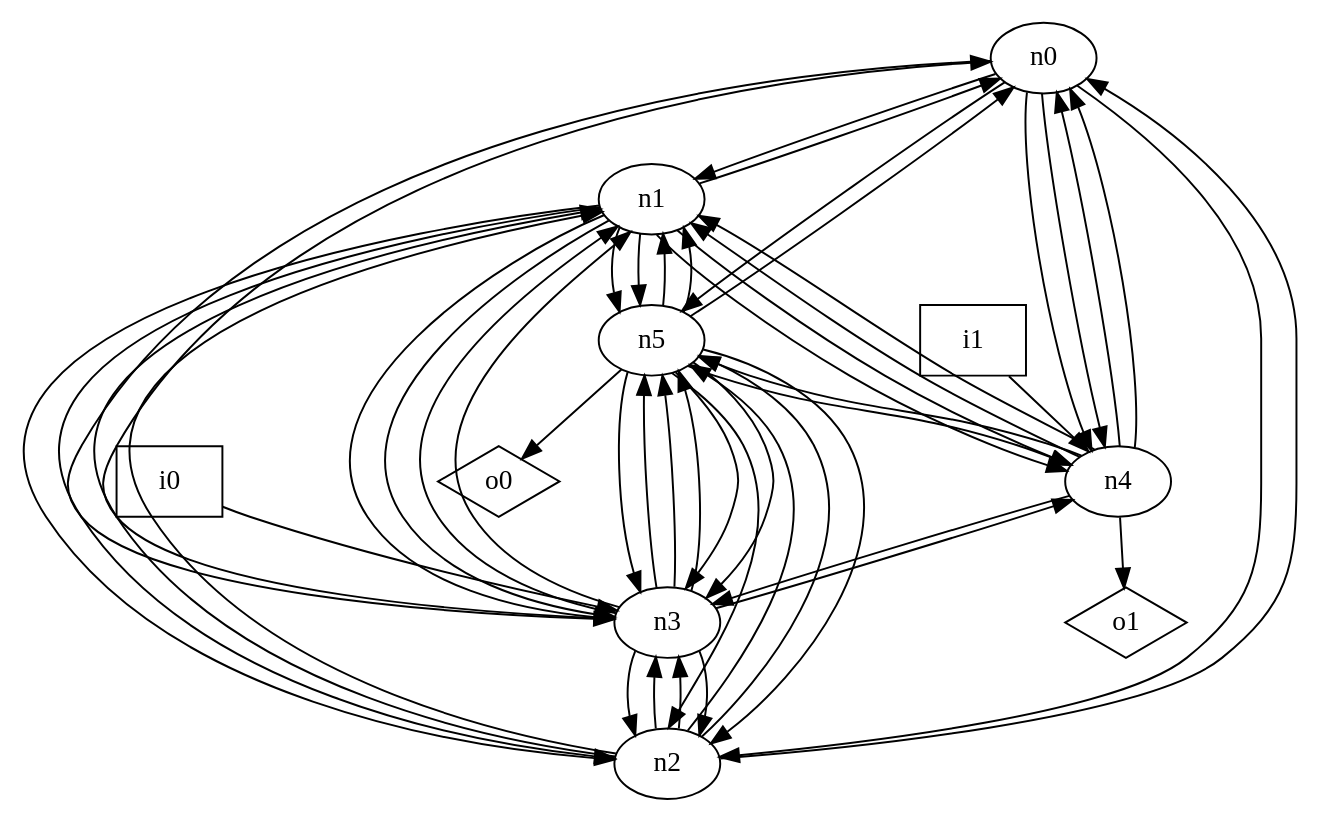
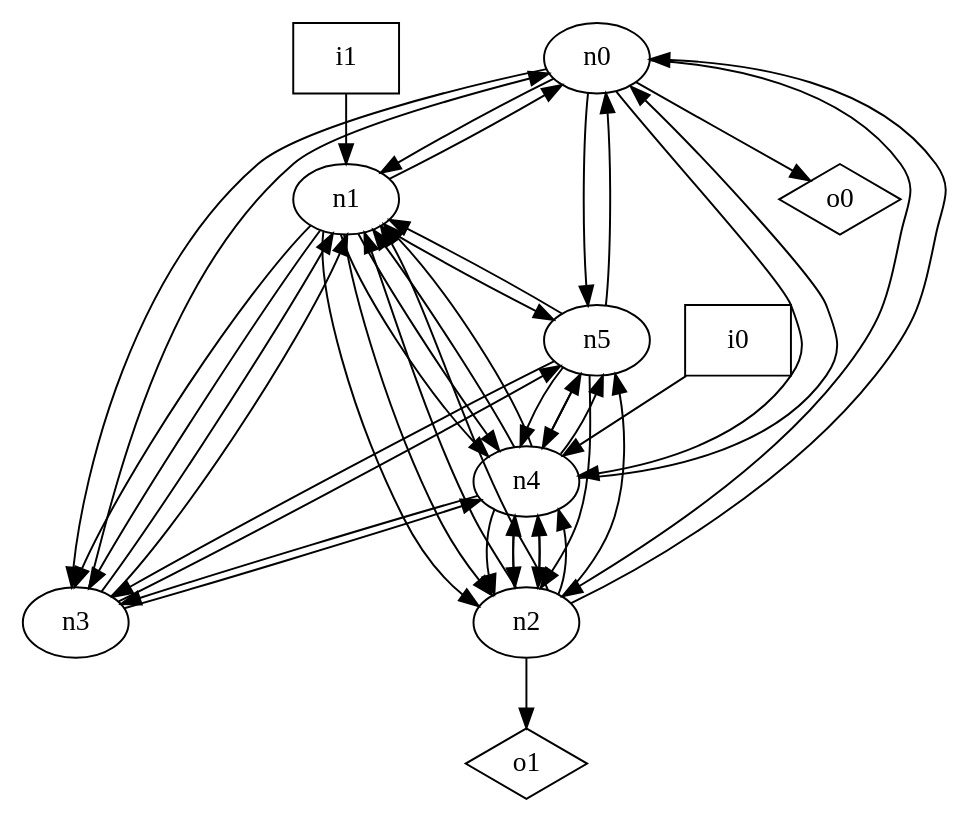
The diagram in dot_files/random/random_undirected_loop_free_graph.dot (p9romain/bool-circuits), drawn with Graphviz before and after one commit. The commit also changed 28 other files, not shown here.

```diff
--- a/dot_files/random/random_undirected_loop_free_graph.dot
+++ b/dot_files/random/random_undirected_loop_free_graph.dot
@@ -1,62 +1,56 @@
 digraph G {
 n0 [label="n0"];
 n1 [label="n1"];
 n2 [label="n2"];
 n3 [label="n3"];
 n4 [label="n4"];
 n5 [label="n5"];
 n6 [label="i0",shape="box"];
 n7 [label="i1",shape="box"];
 n8 [label="o0",shape="diamond"];
 n9 [label="o1",shape="diamond"];
 n0 -> n1
 n0 -> n2
 n0 -> n3
 n0 -> n4
-n0 -> n4
 n0 -> n5
+n0 -> n8
 n1 -> n0
 n1 -> n2
 n1 -> n2
 n1 -> n3
 n1 -> n3
 n1 -> n4
 n1 -> n4
 n1 -> n5
-n1 -> n5
 n2 -> n0
 n2 -> n1
 n2 -> n1
-n2 -> n3
-n2 -> n3
+n2 -> n4
+n2 -> n4
+n2 -> n4
 n2 -> n5
-n2 -> n5
+n2 -> n9
 n3 -> n0
 n3 -> n1
 n3 -> n1
-n3 -> n2
-n3 -> n2
 n3 -> n4
 n3 -> n5
-n3 -> n5
-n3 -> n5
-n4 -> n0
 n4 -> n0
 n4 -> n1
 n4 -> n1
+n4 -> n2
+n4 -> n2
+n4 -> n2
 n4 -> n3
 n4 -> n5
-n4 -> n9
+n4 -> n5
 n5 -> n0
 n5 -> n1
-n5 -> n1
-n5 -> n2
 n5 -> n2
 n5 -> n3
-n5 -> n3
-n5 -> n3
 n5 -> n4
-n5 -> n8
-n6 -> n3
-n7 -> n4
+n5 -> n4
+n6 -> n4
+n7 -> n1
 }
```
